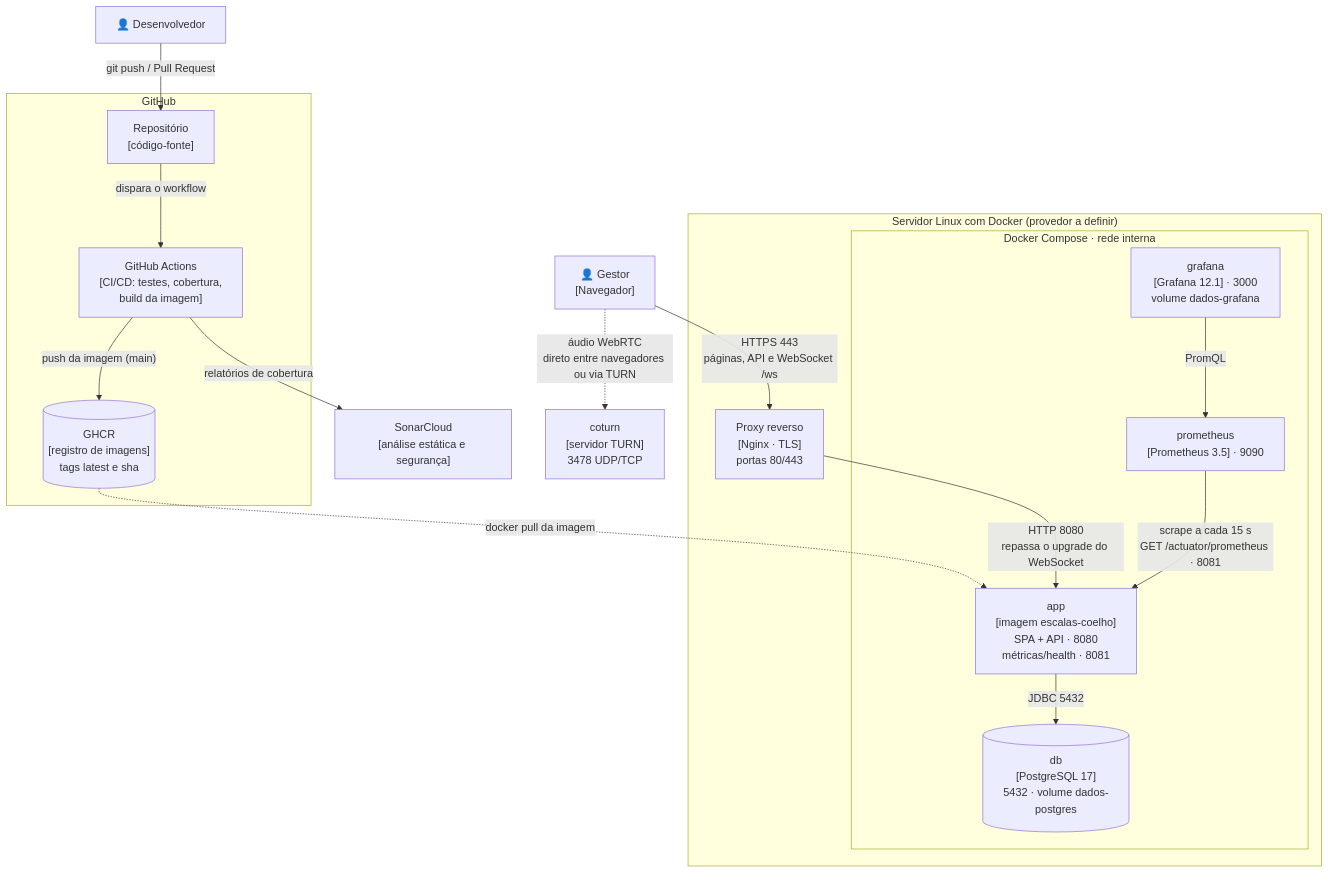
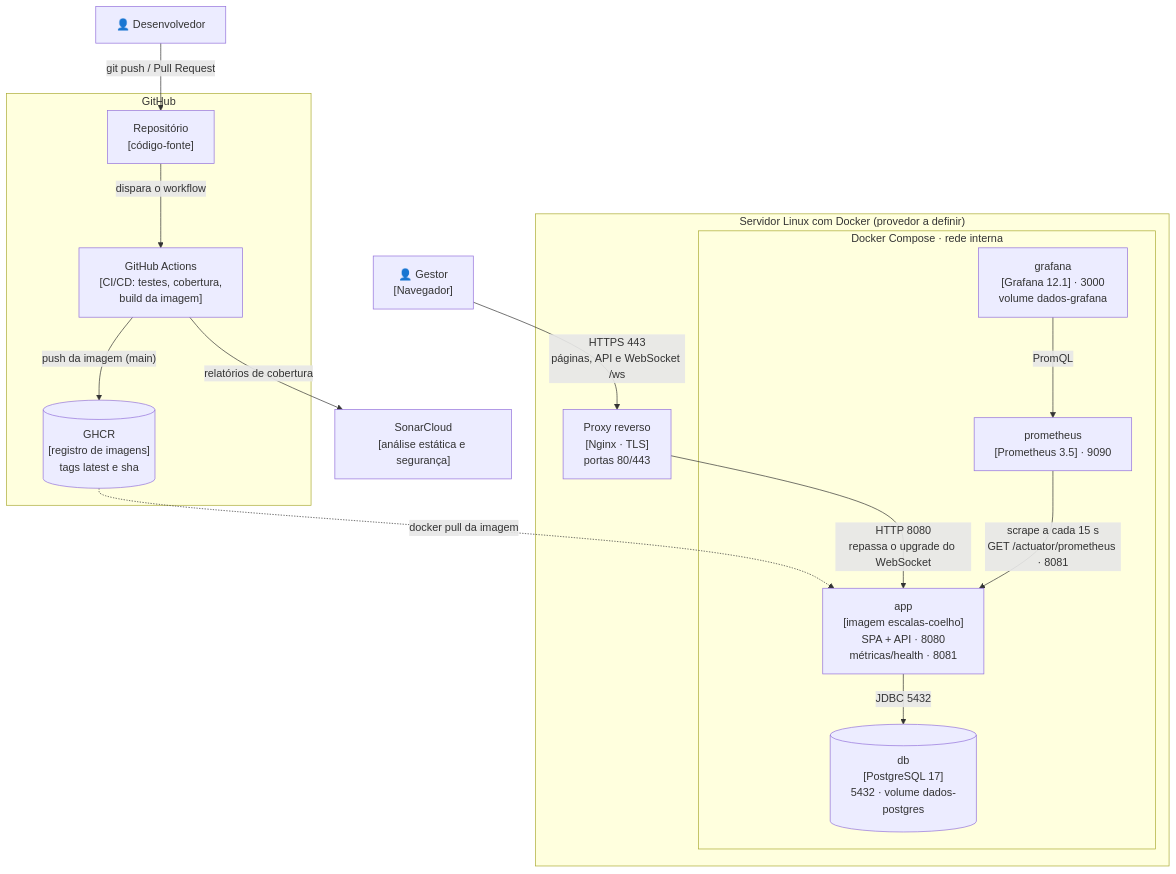
One commit to GabrielCoelhom12/TCC-MERCADO-COELHO changed the fourth of 4 diagrams in docs/arquitetura.md. Above: the diagram before and after it, drawn with Mermaid. The commit also changed other lines of this file and 30 other files, not shown here.

````diff
--- a/docs/arquitetura.md
+++ b/docs/arquitetura.md
@@ -80,39 +80,36 @@
 ```mermaid
 flowchart TB
     gestor["👤 Gestor<br/>[Navegador]"]
     dev["👤 Desenvolvedor"]
 
     subgraph github["GitHub"]
         repo["Repositório<br/>[código-fonte]"]
         actions["GitHub Actions<br/>[CI/CD: testes, cobertura,<br/>build da imagem]"]
         ghcr[("GHCR<br/>[registro de imagens]<br/>tags latest e sha")]
     end
 
     sonar["SonarCloud<br/>[análise estática e segurança]"]
 
     subgraph servidor["Servidor Linux com Docker (provedor a definir)"]
         proxy["Proxy reverso<br/>[Nginx · TLS]<br/>portas 80/443"]
 
         subgraph compose["Docker Compose · rede interna"]
             app["app<br/>[imagem escalas-coelho]<br/>SPA + API · 8080<br/>métricas/health · 8081"]
             db[("db<br/>[PostgreSQL 17]<br/>5432 · volume dados-postgres")]
             prom["prometheus<br/>[Prometheus 3.5] · 9090"]
             graf["grafana<br/>[Grafana 12.1] · 3000<br/>volume dados-grafana"]
         end
     end
 
-    turn["coturn<br/>[servidor TURN]<br/>3478 UDP/TCP"]
-
     dev -- "git push / Pull Request" --> repo
     repo -- "dispara o workflow" --> actions
     actions -- "relatórios de cobertura" --> sonar
     actions -- "push da imagem (main)" --> ghcr
     ghcr -. "docker pull da imagem" .-> app
 
     gestor -- "HTTPS 443<br/>páginas, API e WebSocket /ws" --> proxy
     proxy -- "HTTP 8080<br/>repassa o upgrade do WebSocket" --> app
     app -- "JDBC 5432" --> db
     prom -- "scrape a cada 15 s<br/>GET /actuator/prometheus · 8081" --> app
     graf -- "PromQL" --> prom
-    gestor -. "áudio WebRTC<br/>direto entre navegadores ou via TURN" .-> turn
 ```
````
